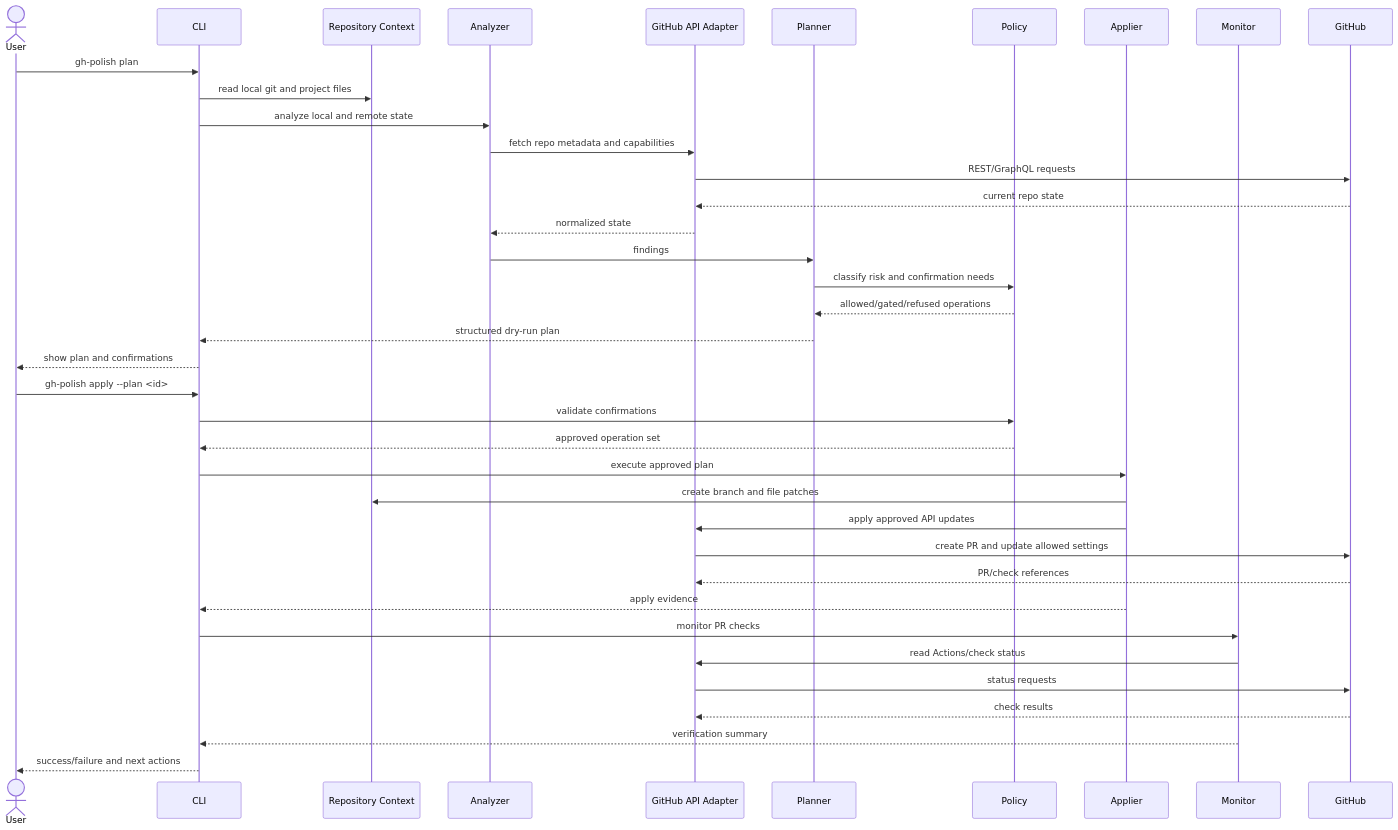
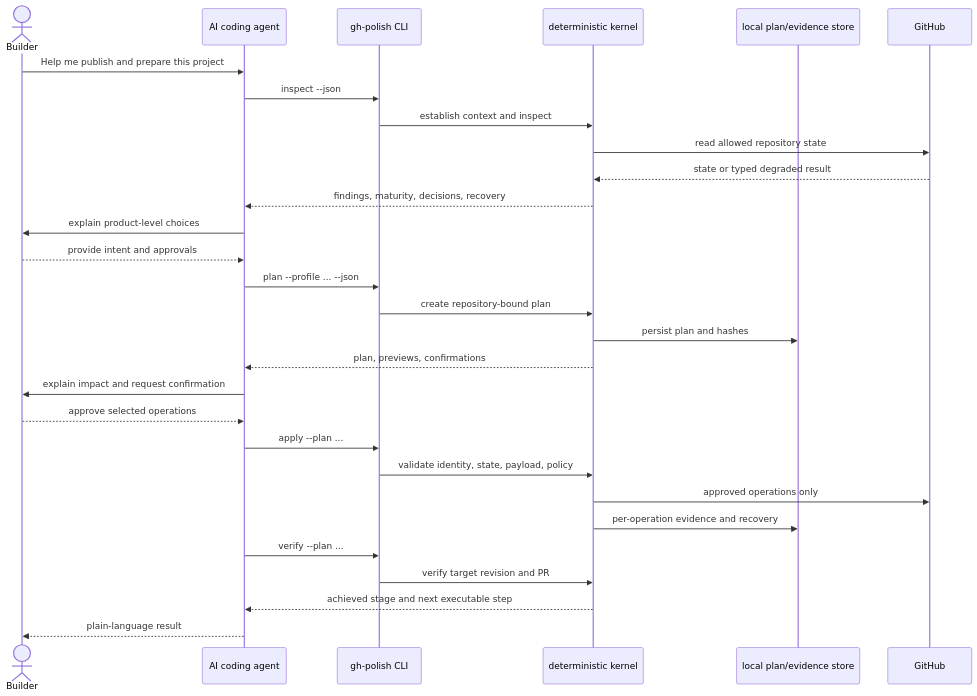
One commit to HaipingShi/gh-polish changed the third of 4 diagrams in docs/ARCHITECTURE.md. Above: the diagram before and after it, drawn with Mermaid. The commit also changed other lines of this file and 14 other files, not shown here.

Commit message:
docs: refactor agent-native product direction

````diff
--- a/docs/ARCHITECTURE.md
+++ b/docs/ARCHITECTURE.md
@@ -82,43 +111,32 @@
 ```mermaid
 sequenceDiagram
-    actor User
-    participant CLI
-    participant Repo as Repository Context
-    participant Analyzer
-    participant Adapter as GitHub API Adapter
-    participant Planner
-    participant Policy
-    participant Applier
-    participant Monitor
+    actor Builder
+    participant Agent as AI coding agent
+    participant CLI as gh-polish CLI
+    participant Core as deterministic kernel
+    participant Store as local plan/evidence store
     participant GitHub
 
-    User->>CLI: gh-polish plan
-    CLI->>Repo: read local git and project files
-    CLI->>Analyzer: analyze local and remote state
-    Analyzer->>Adapter: fetch repo metadata and capabilities
-    Adapter->>GitHub: REST/GraphQL requests
-    GitHub-->>Adapter: current repo state
-    Adapter-->>Analyzer: normalized state
-    Analyzer->>Planner: findings
-    Planner->>Policy: classify risk and confirmation needs
-    Policy-->>Planner: allowed/gated/refused operations
-    Planner-->>CLI: structured dry-run plan
-    CLI-->>User: show plan and confirmations
-
-    User->>CLI: gh-polish apply --plan <id>
-    CLI->>Policy: validate confirmations
-    Policy-->>CLI: approved operation set
-    CLI->>Applier: execute approved plan
-    Applier->>Repo: create branch and file patches
-    Applier->>Adapter: apply approved API updates
-    Adapter->>GitHub: create PR and update allowed settings
-    GitHub-->>Adapter: PR/check references
-    Applier-->>CLI: apply evidence
-
-    CLI->>Monitor: monitor PR checks
-    Monitor->>Adapter: read Actions/check status
-    Adapter->>GitHub: status requests
-    GitHub-->>Adapter: check results
-    Monitor-->>CLI: verification summary
-    CLI-->>User: success/failure and next actions
+    Builder->>Agent: Help me publish and prepare this project
+    Agent->>CLI: inspect --json
+    CLI->>Core: establish context and inspect
+    Core->>GitHub: read allowed repository state
+    GitHub-->>Core: state or typed degraded result
+    Core-->>Agent: findings, maturity, decisions, recovery
+    Agent->>Builder: explain product-level choices
+    Builder-->>Agent: provide intent and approvals
+    Agent->>CLI: plan --profile ... --json
+    CLI->>Core: create repository-bound plan
+    Core->>Store: persist plan and hashes
+    Core-->>Agent: plan, previews, confirmations
+    Agent->>Builder: explain impact and request confirmation
+    Builder-->>Agent: approve selected operations
+    Agent->>CLI: apply --plan ...
+    CLI->>Core: validate identity, state, payload, policy
+    Core->>GitHub: approved operations only
+    Core->>Store: per-operation evidence and recovery
+    Agent->>CLI: verify --plan ...
+    CLI->>Core: verify target revision and PR
+    Core-->>Agent: achieved stage and next executable step
+    Agent-->>Builder: plain-language result
 ```
````
